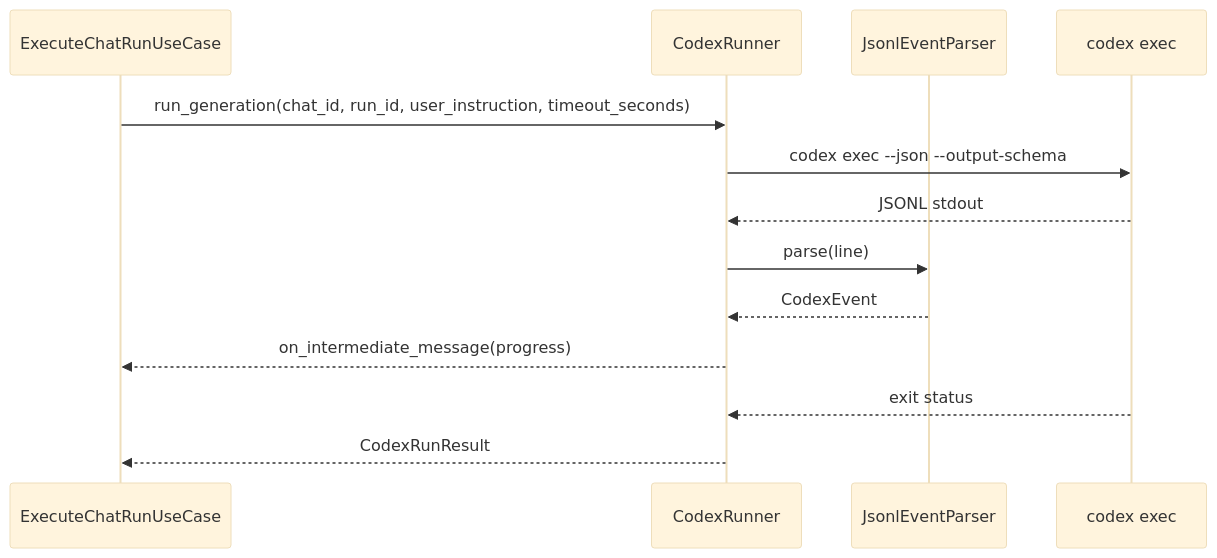
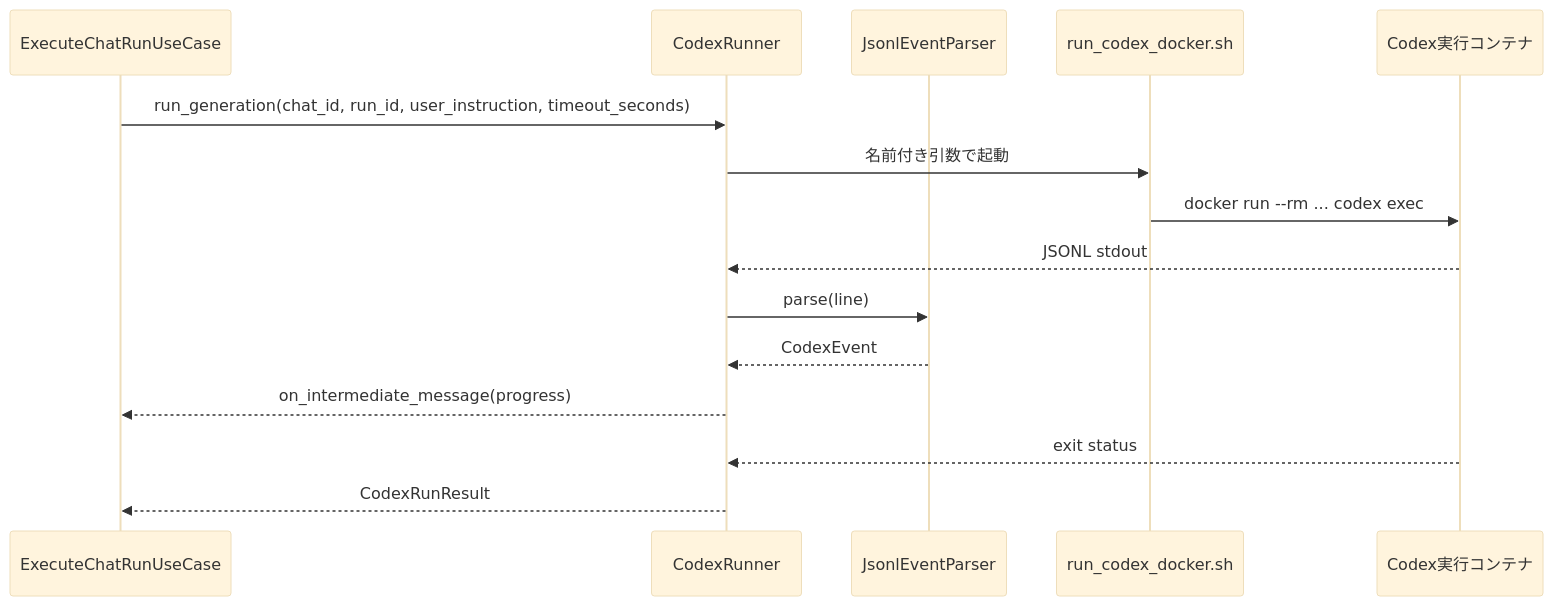
Before and after one commit to mincsys/D-Concierge: the diagram in docs/03_内部設計/03_内部IF設計/Codex実行IF.md, drawn with Mermaid (base theme). The commit also changed other lines of this file and 136 other files, not shown here.

````diff
--- a/docs/03_内部設計/03_内部IF設計/Codex実行IF.md
+++ b/docs/03_内部設計/03_内部IF設計/Codex実行IF.md
@@ -41,16 +41,18 @@
 ```mermaid
 sequenceDiagram
     participant usecase as ExecuteChatRunUseCase
     participant runner as CodexRunner
     participant parser as JsonlEventParser
-    participant codex as codex exec
+    participant script as run_codex_docker.sh
+    participant codex as Codex実行コンテナ
 
     usecase->>runner: run_generation(chat_id, run_id, user_instruction, timeout_seconds)
-    runner->>codex: codex exec --json --output-schema
+    runner->>script: 名前付き引数で起動
+    script->>codex: docker run --rm ... codex exec
     codex-->>runner: JSONL stdout
     runner->>parser: parse(line)
     parser-->>runner: CodexEvent
     runner-->>usecase: on_intermediate_message(progress)
     codex-->>runner: exit status
     runner-->>usecase: CodexRunResult
 ```
````
